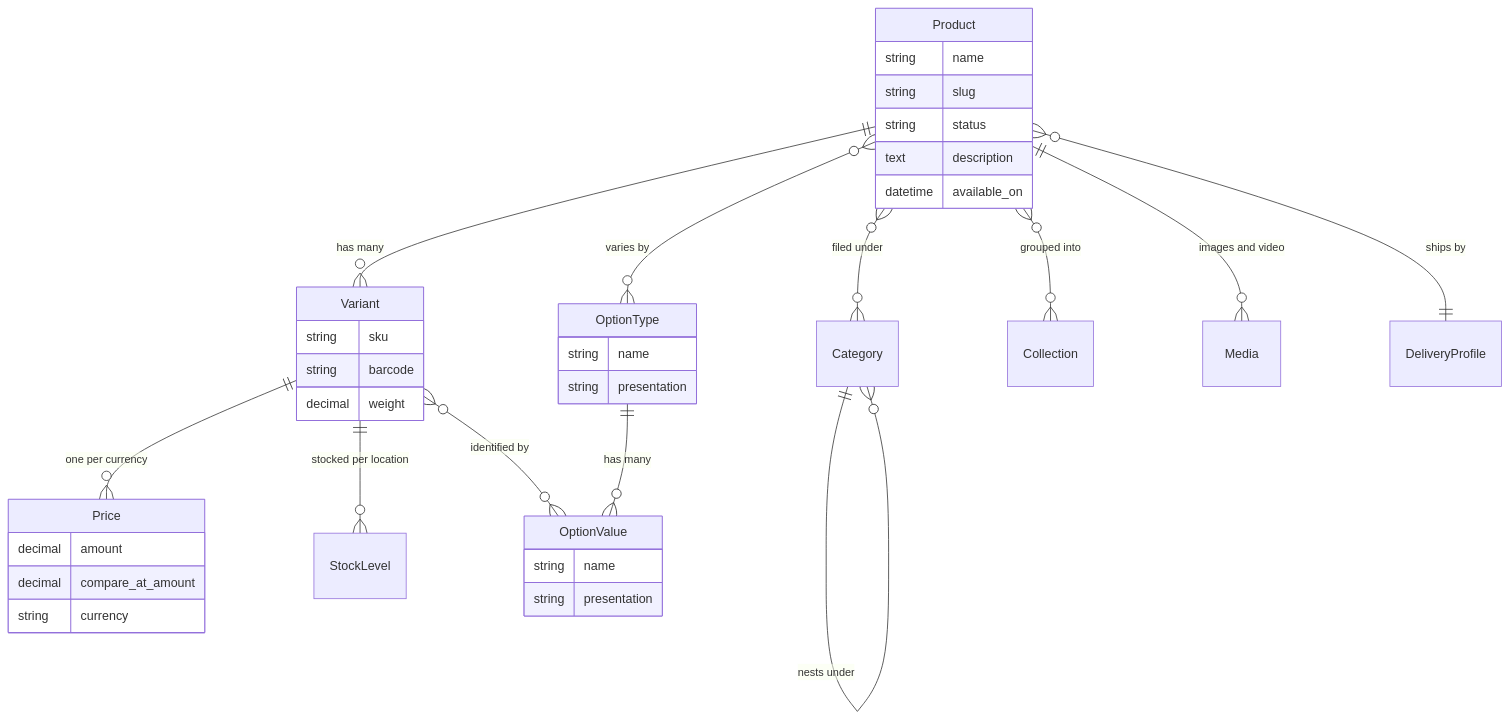
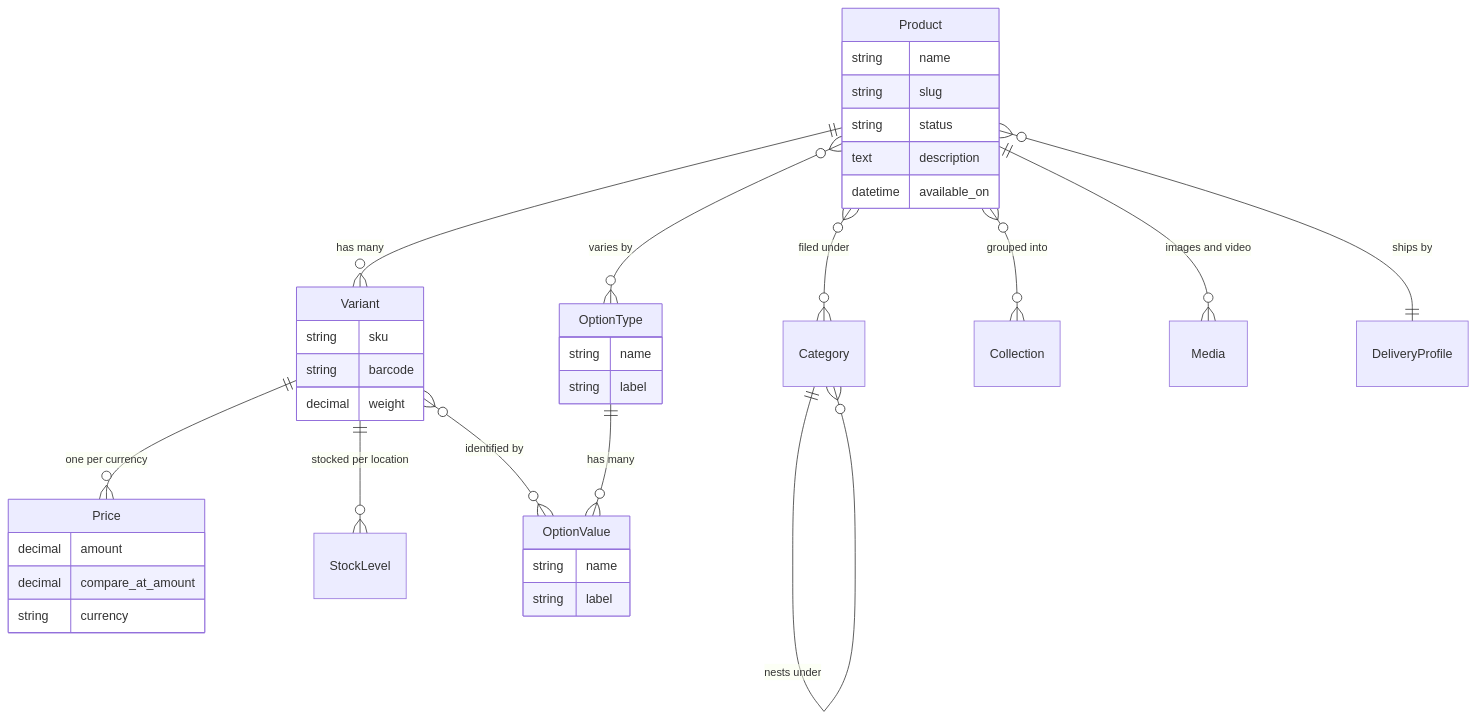
One commit to spree/spree changed the first of 5 diagrams in docs/developer/core-concepts/products.mdx. Above: the diagram before and after it, drawn with Mermaid. The commit also changed other lines of this file and 74 other files, not shown here.

````diff
--- a/docs/developer/core-concepts/products.mdx
+++ b/docs/developer/core-concepts/products.mdx
@@ -18,44 +18,44 @@
 ```mermaid
 erDiagram
     Product ||--o{ Variant : "has many"
     Product }o--o{ OptionType : "varies by"
     Product }o--o{ Category : "filed under"
     Product }o--o{ Collection : "grouped into"
     Product ||--o{ Media : "images and video"
     Product }o--|| DeliveryProfile : "ships by"
     Variant ||--o{ Price : "one per currency"
     Variant ||--o{ StockLevel : "stocked per location"
     Variant }o--o{ OptionValue : "identified by"
     OptionType ||--o{ OptionValue : "has many"
     Category ||--o{ Category : "nests under"
 
     Product {
         string name
         string slug
         string status
         text description
         datetime available_on
     }
 
     Variant {
         string sku
         string barcode
         decimal weight
     }
 
     Price {
         decimal amount
         decimal compare_at_amount
         string currency
     }
 
     OptionType {
         string name
-        string presentation
+        string label
     }
 
     OptionValue {
         string name
-        string presentation
+        string label
     }
 ```
````
